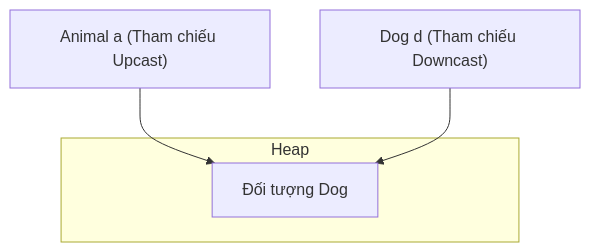
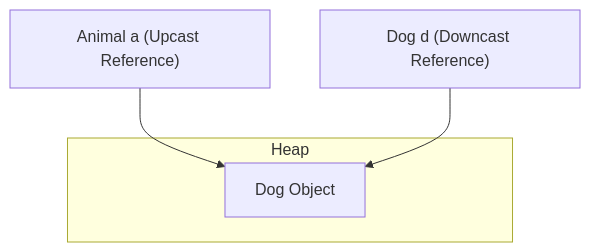
One commit to PhuThien2005/theoretical-of-java-core changed the diagram in vi/09-oop/theory/04-polymorphism.md. Above: the diagram before and after it, drawn with Mermaid. The commit also changed other lines of this file and 229 other files, not shown here.

````diff
--- a/vi/09-oop/theory/04-polymorphism.md
+++ b/vi/09-oop/theory/04-polymorphism.md
@@ -117,8 +117,8 @@
 ```mermaid
 graph TD
     subgraph Heap
-        Obj[Đối tượng Dog]
+        Obj[Dog Object]
     end
-    Ref1["Animal a (Tham chiếu Upcast)"] --> Obj
-    Ref2["Dog d (Tham chiếu Downcast)"] --> Obj
+    Ref1["Animal a (Upcast Reference)"] --> Obj
+    Ref2["Dog d (Downcast Reference)"] --> Obj
 ```
````
